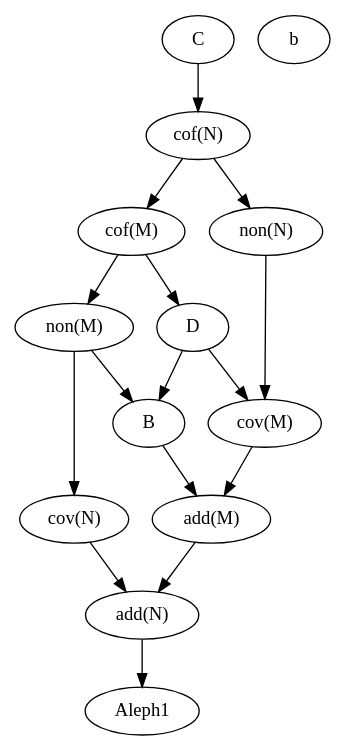
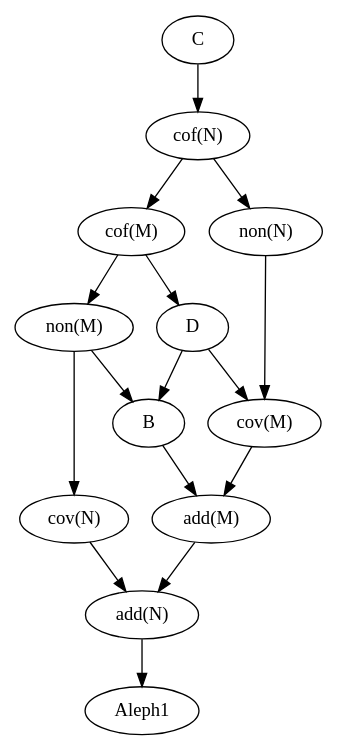
The diagram in CCview/output/relations.dot (calliope1/CCview), drawn with Graphviz before and after one commit. The commit also changed 5 other files, not shown here.

```diff
--- a/CCview/output/relations.dot
+++ b/CCview/output/relations.dot
@@ -1,30 +1,29 @@
 digraph G {
 0 [label="C"];
 1 [label="cof(N)"];
 2 [label="cof(M)"];
 3 [label="non(N)"];
 4 [label="non(M)"];
 5 [label="D"];
 6 [label="cov(N)"];
 7 [label="B"];
 8 [label="cov(M)"];
 9 [label="add(M)"];
 10 [label="add(N)"];
 11 [label="Aleph1"];
-12 [label="b"];
 0 -> 1;
 1 -> 2;
 1 -> 3;
 2 -> 4;
 2 -> 5;
 3 -> 8;
 4 -> 6;
 4 -> 7;
 5 -> 7;
 5 -> 8;
 6 -> 10;
 7 -> 9;
 8 -> 9;
 9 -> 10;
 10 -> 11;
 }
```
